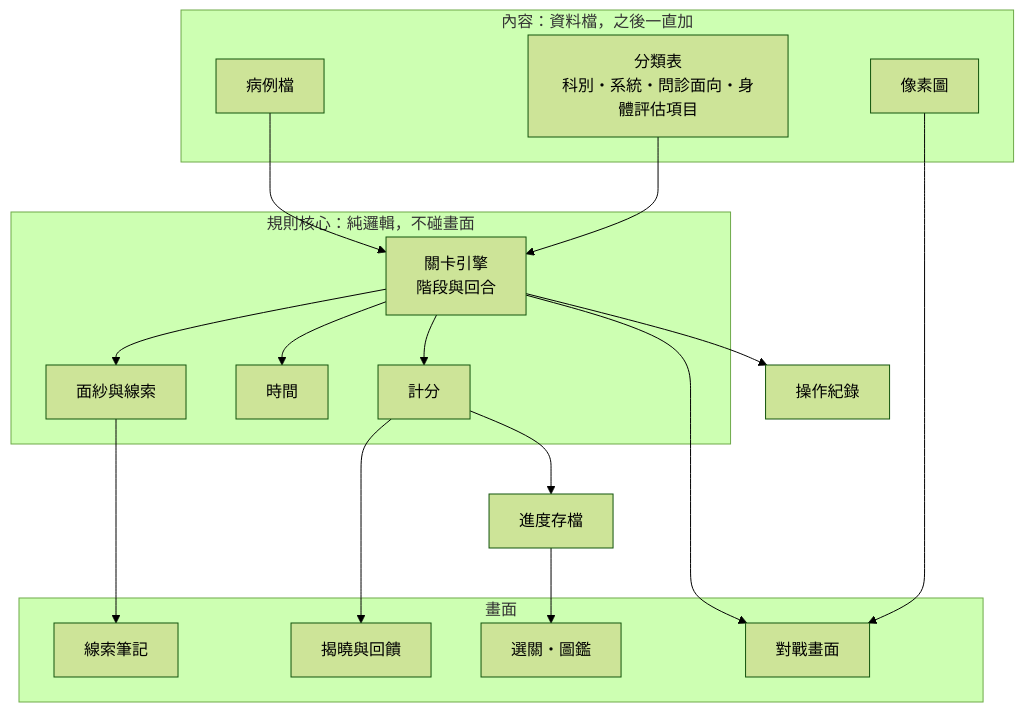
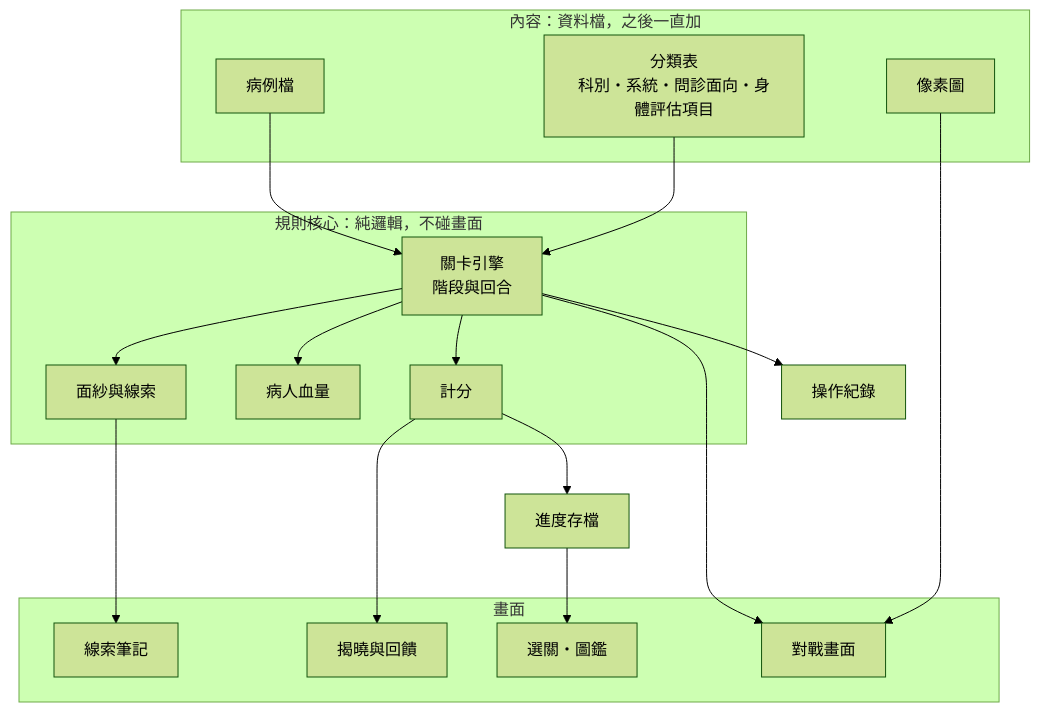
One commit to bobyu89/np-games1 changed the first of 2 diagrams in docs/02-architecture.md. Above: the diagram before and after it, drawn with Mermaid (forest theme). The commit also changed other lines of this file and 1 other file, not shown here.

First line of the commit message:
Architecture v2: patient health as the core pressure mechanic

````diff
--- a/docs/02-architecture.md
+++ b/docs/02-architecture.md
@@ -9,34 +11,34 @@
 ```mermaid
 flowchart TB
   subgraph 內容["內容：資料檔，之後一直加"]
     C[病例檔]
     T[分類表<br/>科別・系統・問診面向・身體評估項目]
     A[像素圖]
   end
   subgraph 規則["規則核心：純邏輯，不碰畫面"]
     E[關卡引擎<br/>階段與回合]
     V[面紗與線索]
-    K[時間]
+    K[病人血量]
     S[計分]
   end
   subgraph 畫面["畫面"]
     B[對戰畫面]
     N[線索筆記]
     R[揭曉與回饋]
     M[選關・圖鑑]
   end
   P[進度存檔]
   L[操作紀錄]
   C --> E
   T --> E
   E --> V
   E --> K
   E --> S
   E --> B
   V --> N
   S --> R
   A --> B
   S --> P
   P --> M
   E --> L
 ```
````
